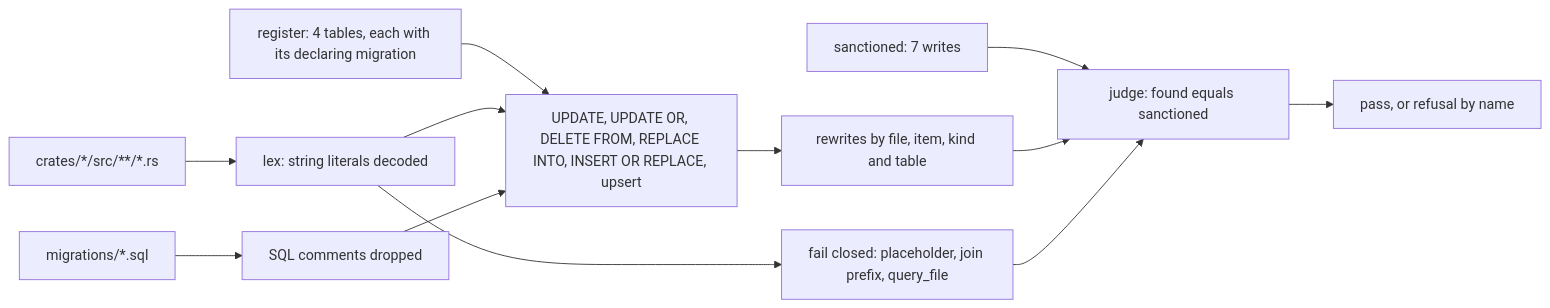
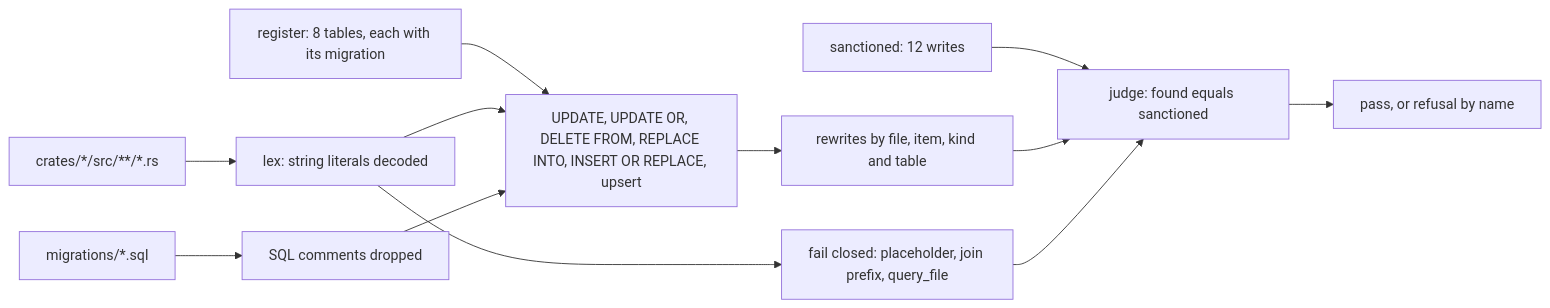
The second of 3 diagrams in docs/schematics/domain-integrity-checks.md (RexRenatus/deck-streak), drawn with Mermaid before and after one commit. The commit also changed other lines of this file and 3 other files, not shown here.

````diff
--- a/docs/schematics/domain-integrity-checks.md
+++ b/docs/schematics/domain-integrity-checks.md
@@ -32,14 +32,14 @@
 ```mermaid
 flowchart LR
   crates["crates/*/src/**/*.rs"] --> lexer2["lex: string literals decoded"]
   migs["migrations/*.sql"] --> strip["SQL comments dropped"]
-  register["register: 4 tables, each with its declaring migration"] --> match
+  register["register: 8 tables, each with its migration"] --> match
   lexer2 --> match["UPDATE, UPDATE OR, DELETE FROM, REPLACE INTO, INSERT OR REPLACE, upsert"]
   strip --> match
   lexer2 --> closed["fail closed: placeholder, join prefix, query_file"]
   match --> found["rewrites by file, item, kind and table"]
-  sanctioned["sanctioned: 7 writes"] --> judge2["judge: found equals sanctioned"]
+  sanctioned["sanctioned: 12 writes"] --> judge2["judge: found equals sanctioned"]
   found --> judge2
   closed --> judge2
   judge2 --> verdict2["pass, or refusal by name"]
 ```
````
